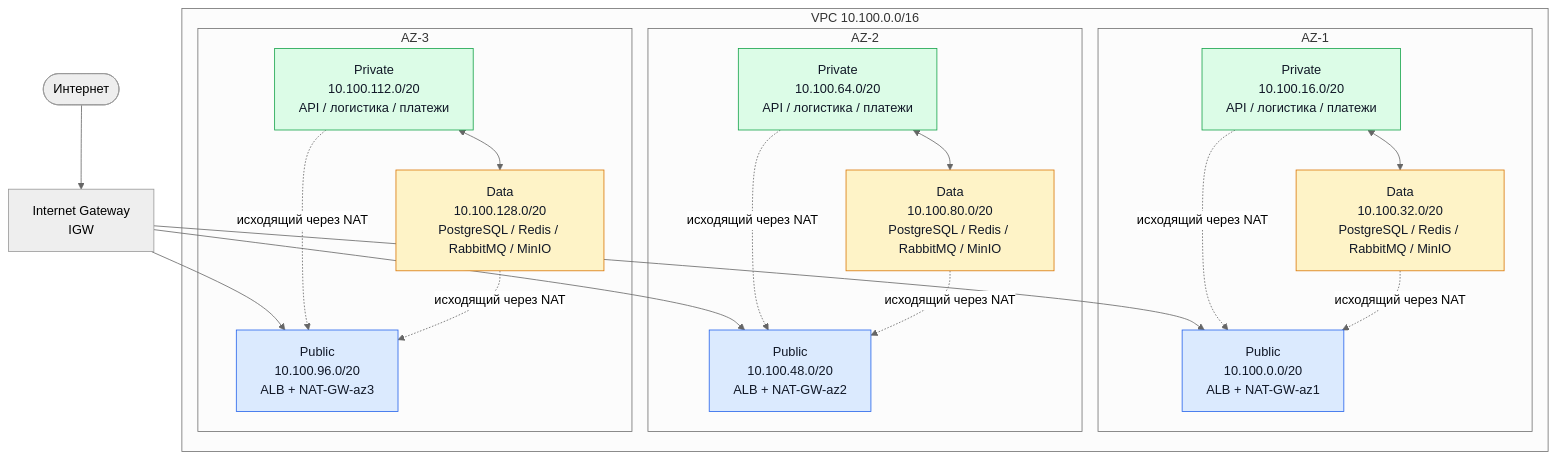
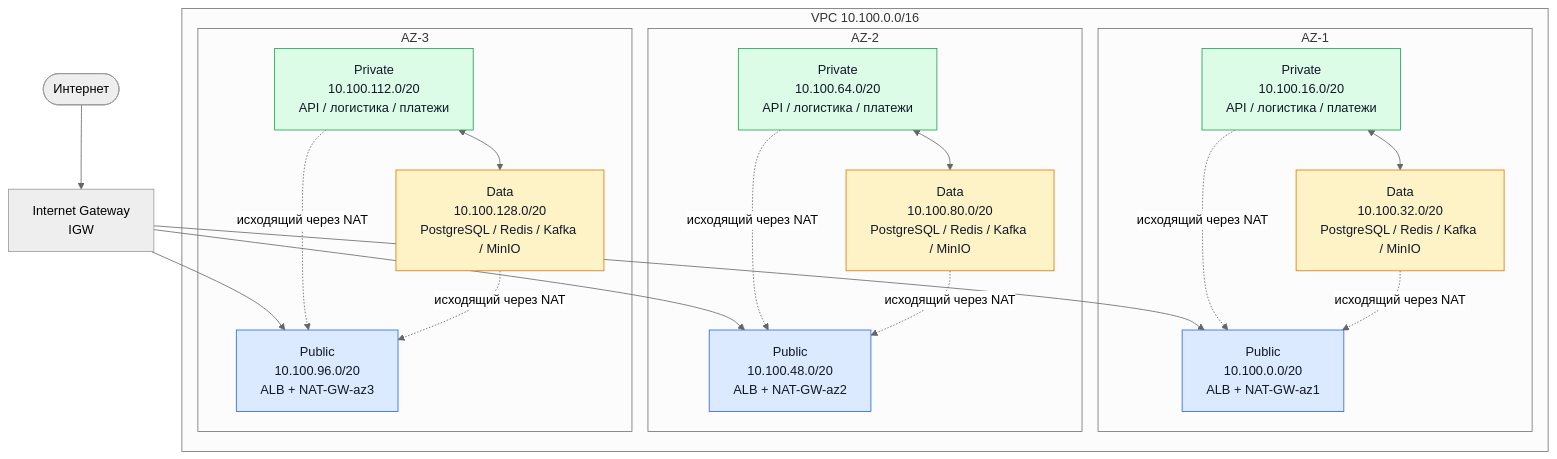
The diagram in lecture-1/report.md (plida/cloud-infrastructure), drawn with Mermaid (neutral theme) before and after one commit. The commit also changed other lines of this file and 1 other file, not shown here.

````diff
--- a/lecture-1/report.md
+++ b/lecture-1/report.md
@@ -79,42 +80,42 @@
 ```mermaid
 flowchart TB
     internet([Интернет]) --> igw[Internet Gateway<br/>IGW]
 
     subgraph vpc["VPC 10.100.0.0/16"]
         subgraph az1["AZ-1"]
             pub1["Public<br/>10.100.0.0/20<br/>ALB + NAT-GW-az1"]
             priv1["Private<br/>10.100.16.0/20<br/>API / логистика / платежи"]
-            data1["Data<br/>10.100.32.0/20<br/>PostgreSQL / Redis / RabbitMQ / MinIO"]
+            data1["Data<br/>10.100.32.0/20<br/>PostgreSQL / Redis / Kafka / MinIO"]
             priv1 <--> data1
         end
         subgraph az2["AZ-2"]
             pub2["Public<br/>10.100.48.0/20<br/>ALB + NAT-GW-az2"]
             priv2["Private<br/>10.100.64.0/20<br/>API / логистика / платежи"]
-            data2["Data<br/>10.100.80.0/20<br/>PostgreSQL / Redis / RabbitMQ / MinIO"]
+            data2["Data<br/>10.100.80.0/20<br/>PostgreSQL / Redis / Kafka / MinIO"]
             priv2 <--> data2
         end
         subgraph az3["AZ-3"]
             pub3["Public<br/>10.100.96.0/20<br/>ALB + NAT-GW-az3"]
             priv3["Private<br/>10.100.112.0/20<br/>API / логистика / платежи"]
-            data3["Data<br/>10.100.128.0/20<br/>PostgreSQL / Redis / RabbitMQ / MinIO"]
+            data3["Data<br/>10.100.128.0/20<br/>PostgreSQL / Redis / Kafka / MinIO"]
             priv3 <--> data3
         end
     end
 
     igw --> pub1
     igw --> pub2
     igw --> pub3
     priv1 -. "исходящий через NAT" .-> pub1
     priv2 -. "исходящий через NAT" .-> pub2
     priv3 -. "исходящий через NAT" .-> pub3
     data1 -. "исходящий через NAT" .-> pub1
     data2 -. "исходящий через NAT" .-> pub2
     data3 -. "исходящий через NAT" .-> pub3
 
     classDef public fill:#DBEAFE,stroke:#2563EB,color:#111827
     classDef private fill:#DCFCE7,stroke:#16A34A,color:#111827
     classDef data fill:#FEF3C7,stroke:#D97706,color:#111827
     class pub1,pub2,pub3 public
     class priv1,priv2,priv3 private
     class data1,data2,data3 data
 ```
````
